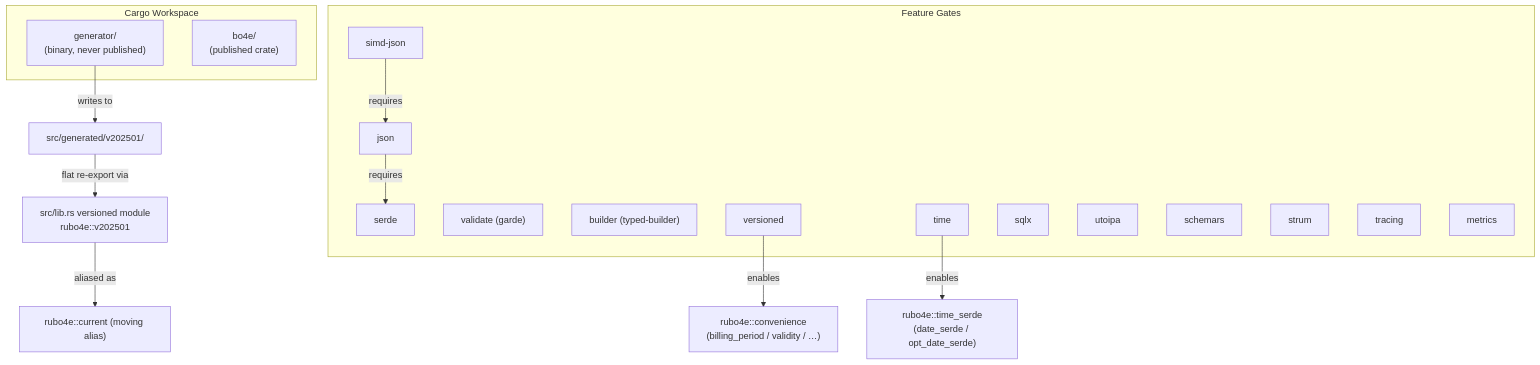
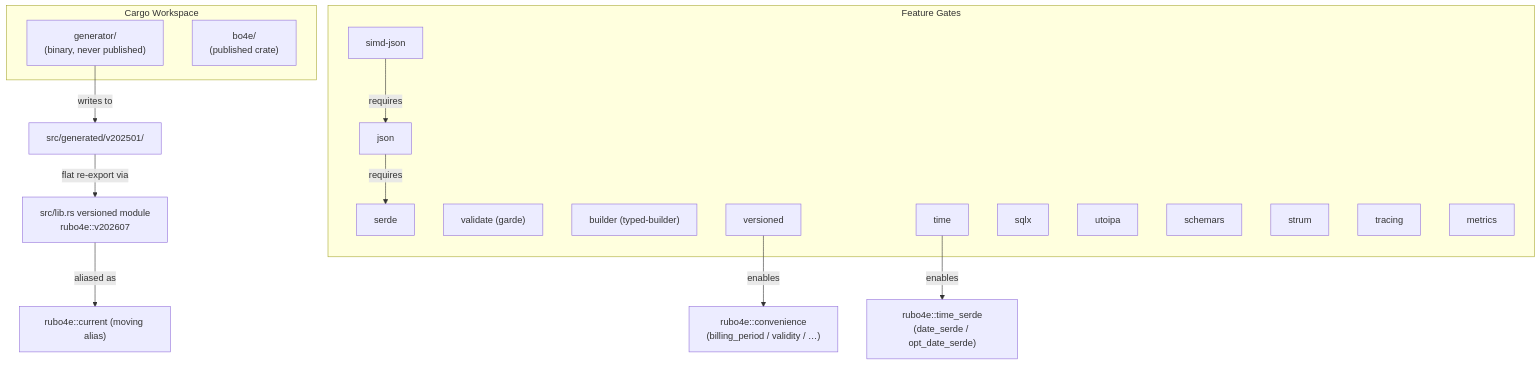
The diagram in docs/architecture.md (hupe1980/rubo4e), drawn with Mermaid before and after one commit. The commit also changed other lines of this file and 629 other files, not shown here.

First line of the commit message:
Update schema references and tests to version 202607

````diff
--- a/docs/architecture.md
+++ b/docs/architecture.md
@@ -66,32 +66,32 @@
 ```mermaid
 graph TD
     subgraph workspace["Cargo Workspace"]
         generator["generator/\n(binary, never published)"]
         bo4e["bo4e/\n(published crate)"]
     end
 
     generator -->|"writes to"| generated["src/generated/v202501/"]
-    generated -->|"flat re-export via"| versioned["src/lib.rs versioned module\nrubo4e::v202501"]
+    generated -->|"flat re-export via"| versioned["src/lib.rs versioned module\nrubo4e::v202607"]
     versioned -->|"aliased as"| current["rubo4e::current (moving alias)"]
 
     subgraph features["Feature Gates"]
         serde_feat["serde"]
         json_feat["json"]
         simd_feat["simd-json"]
         validate_feat["validate (garde)"]
         builder_feat["builder (typed-builder)"]
         versioned_feat["versioned"]
         time_feat["time"]
         sqlx_feat["sqlx"]
         utoipa_feat["utoipa"]
         schemars_feat["schemars"]
         strum_feat["strum"]
         tracing_feat["tracing"]
         metrics_feat["metrics"]
     end
 
     simd_feat -->|"requires"| json_feat
     json_feat -->|"requires"| serde_feat
     time_feat -->|"enables"| time_serde["rubo4e::time_serde\n(date_serde / opt_date_serde)"]
     versioned_feat -->|"enables"| convenience["rubo4e::convenience\n(billing_period / validity / …)"]
 ```
````
